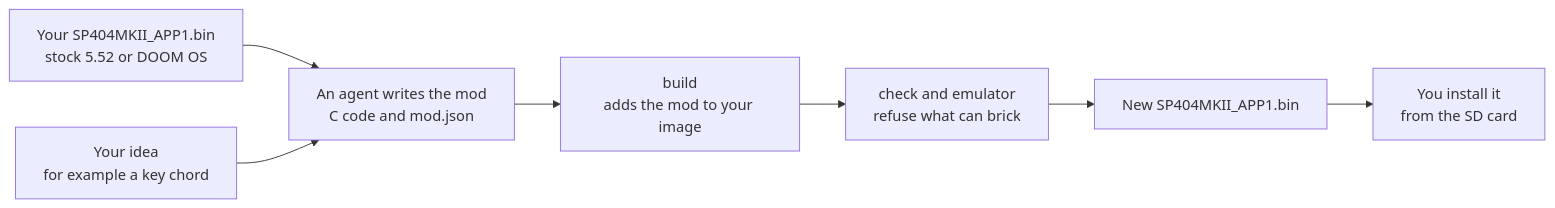
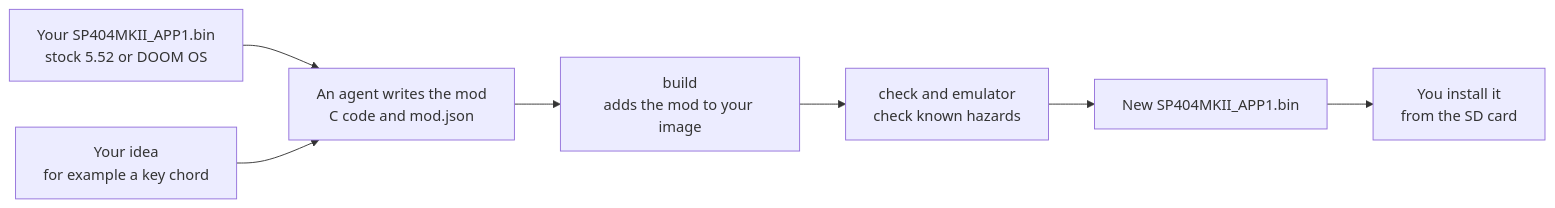
Before and after one commit to jjjadeRRR/404Lab: the diagram in README.md, drawn with Mermaid. The commit also changed other lines of this file and 16 other files, not shown here.

````diff
--- a/README.md
+++ b/README.md
@@ -22,9 +22,9 @@
 ```mermaid
 flowchart LR
     A["Your SP404MKII_APP1.bin<br/>stock 5.52 or DOOM OS"] --> C
     B["Your idea<br/>for example a key chord"] --> C
     C["An agent writes the mod<br/>C code and mod.json"] --> D["build<br/>adds the mod to your image"]
-    D --> E["check and emulator<br/>refuse what can brick"]
+    D --> E["check and emulator<br/>check known hazards"]
     E --> F["New SP404MKII_APP1.bin"]
     F --> G["You install it<br/>from the SD card"]
 ```
````
